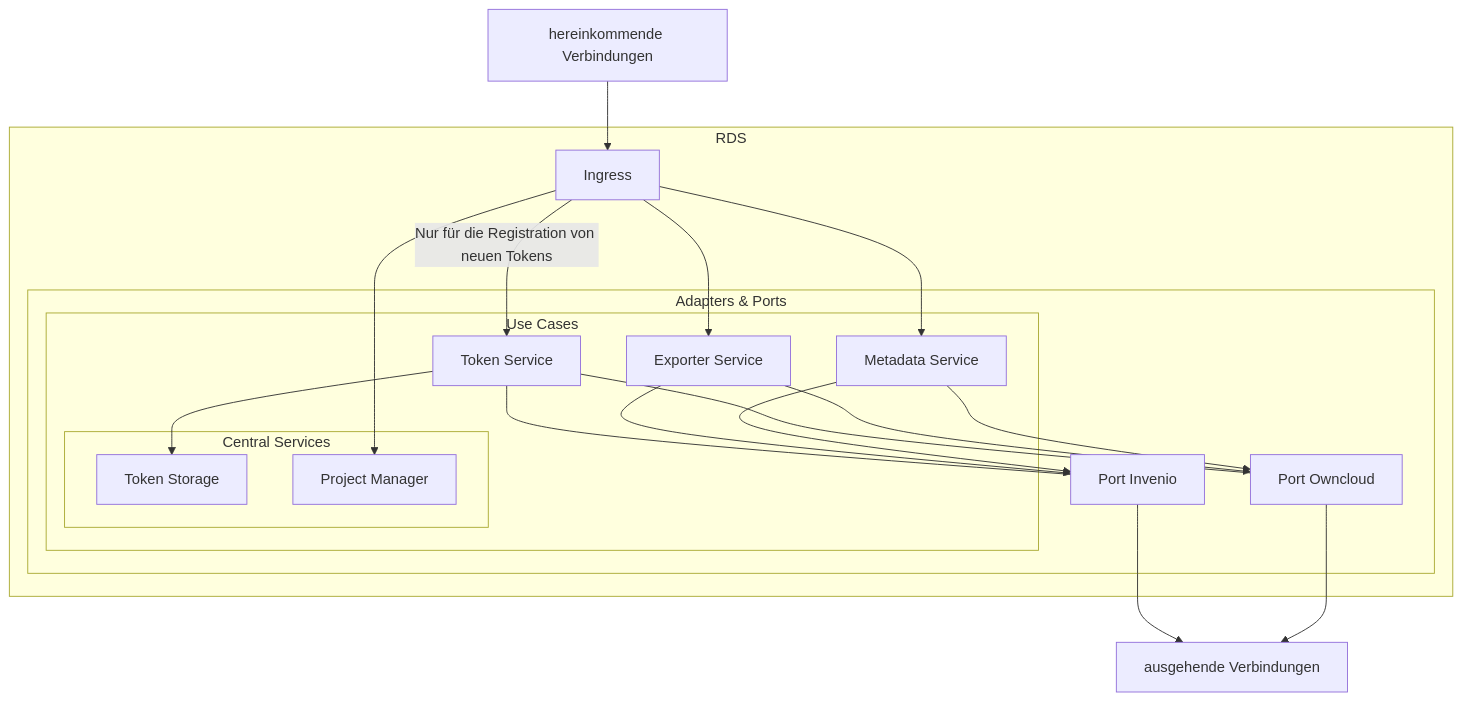
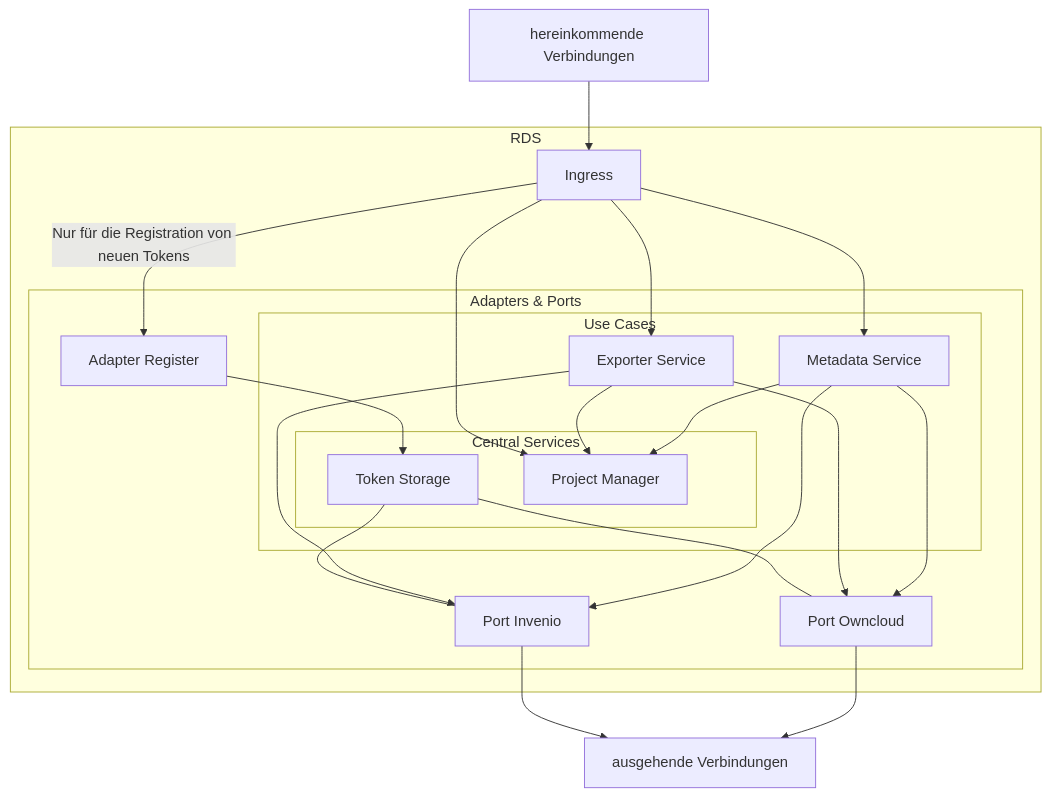
One commit to Sciebo-RDS/Sciebo-RDS changed the diagram in docs/content/doc/arc42/ecosystem.de.md. Above: the diagram before and after it, drawn with Mermaid. The commit also changed 1 other file, not shown here.

Commit message:
add project manager

````diff
--- a/docs/content/doc/arc42/ecosystem.de.md
+++ b/docs/content/doc/arc42/ecosystem.de.md
@@ -16,60 +16,63 @@
 ```mermaid
 graph TD;
   %% define nodes
 
   WWWI[hereinkommende Verbindungen]
 
   subgraph RDS
     Ingress
 
     subgraph Adapters & Ports
       %% SPAEx[SPA Exporter]
       %% SPATS[SPA Token Storage]
 
       PInvenio[Port Invenio]
       POwncloud[Port Owncloud]
+      ARegister[Adapter Register]
 
       subgraph Use Cases
         UCExporter[Exporter Service]
-        UCToken[Token Service]
+        %% UCToken[Token Service]
         UCMetadata[Metadata Service]
         %% UCProject[Project Service]
 
         subgraph Central Services
           CSToken[Token Storage]
           CSProject[Project Manager]
         end
       end
     end
   end
 
   WWWO[ausgehende Verbindungen]
 
   click SPAEx "/de/doc/impl/adapters/spa-exporter/"
   click SPATS "/de/doc/impl/adapters/spa-token-storage"
   click UCExporter "/de/doc/impl/use-cases/exporter"
   click UCToken "/de/doc/impl/use-cases/token-service"
   click CSProject "/de/doc/impl/central/project-manager"
   click PInvenio "/de/doc/impl/ports/port-invenio"
   click POwncloud "/de/doc/impl/ports/port-storage"
 
   %% define connections
   WWWI --> Ingress
 
   %% Ingress --> SPAEx --> UCExporter
   %% Ingress --> SPATS --> CSToken
-  Ingress -->|Nur für die Registration von neuen Tokens| UCToken
+  Ingress -->|Nur für die Registration von neuen Tokens| ARegister
   Ingress --> CSProject & UCExporter & UCMetadata
+
+  ARegister --> CSToken
 
   %% UCExporter --> UCProject
   %% UCProject --> CSProject
-  UCToken --> CSToken
+  %% UCToken --> CSToken
 
-  UCToken --- PInvenio & POwncloud
-  UCExporter & UCMetadata --> PInvenio & POwncloud
+  CSToken --- PInvenio & POwncloud
+  UCExporter & UCMetadata --> PInvenio & POwncloud & CSProject
 
   %% PInvenio --> POwncloud
 
   PInvenio --> WWWO
   POwncloud --> WWWO
 ```
````
